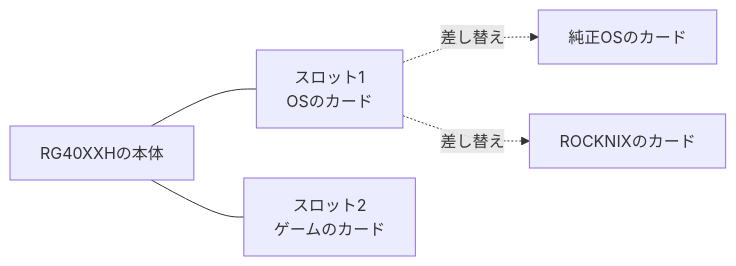
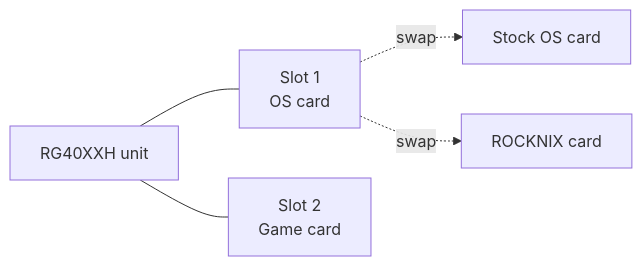
Before and after one commit to kiwamizamurai/gaming: the first of 2 diagrams in articles/15-rg40xxh-big-picture.md, drawn with Mermaid. The commit also changed other lines of this file and 46 other files, not shown here.

````diff
--- a/articles/15-rg40xxh-big-picture.md
+++ b/articles/15-rg40xxh-big-picture.md
@@ -57,7 +57,7 @@
 ```mermaid
 flowchart LR
-    A[RG40XXHの本体] --- B[スロット1<br>OSのカード]
-    A --- C[スロット2<br>ゲームのカード]
-    B -.差し替え.-> D[純正OSのカード]
-    B -.差し替え.-> E[ROCKNIXのカード]
+    A[RG40XXH unit] --- B[Slot 1<br>OS card]
+    A --- C[Slot 2<br>Game card]
+    B -.swap.-> D[Stock OS card]
+    B -.swap.-> E[ROCKNIX card]
 ```
````
